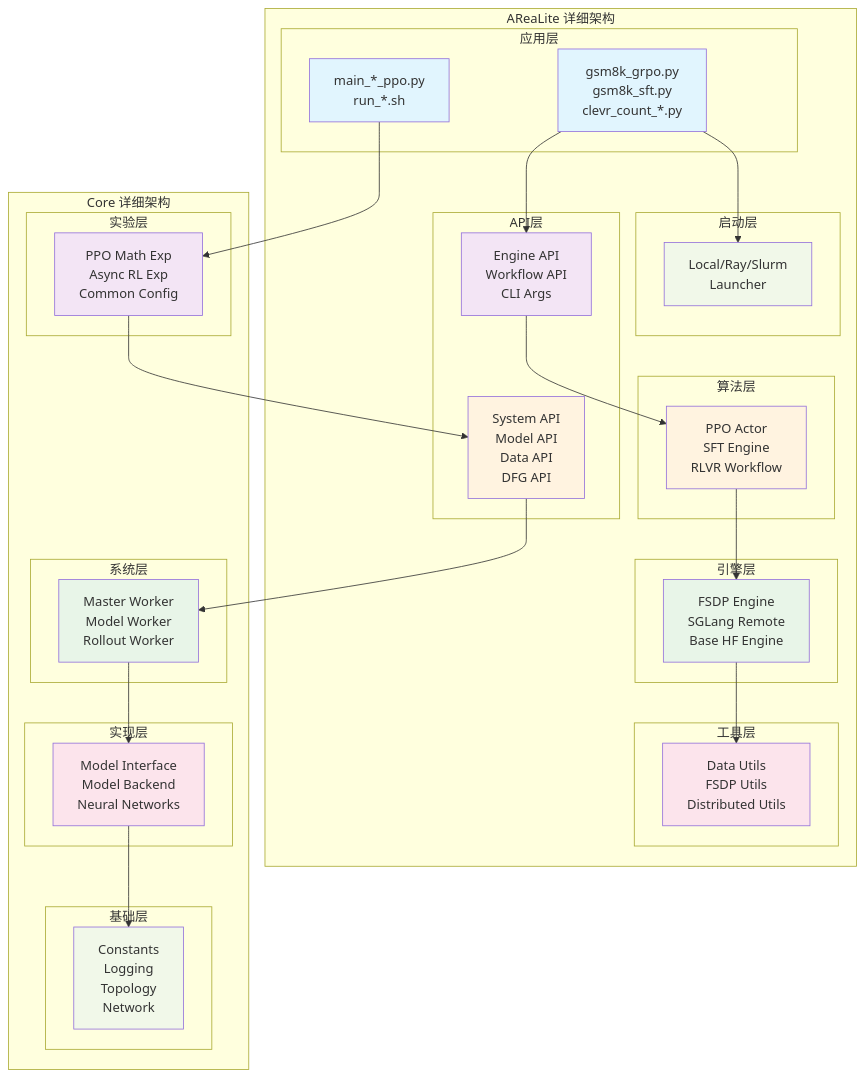
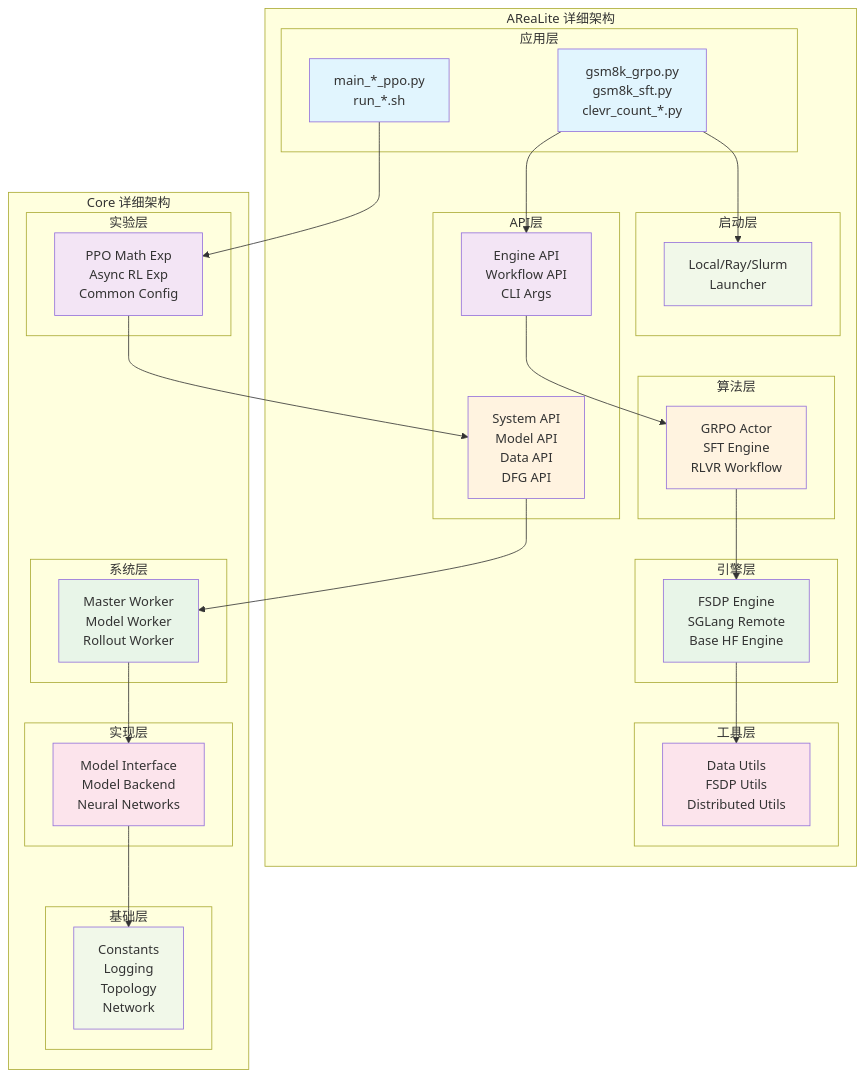
Before and after one commit to zhshgmail/AReaL: the second of 11 diagrams in docs/architecture/architecture_diagrams.md, drawn with Mermaid. The commit also changed other lines of this file and 12 other files, not shown here.

Commit message:
update architecture docs

````diff
--- a/docs/architecture/architecture_diagrams.md
+++ b/docs/architecture/architecture_diagrams.md
@@ -53,80 +53,80 @@
 ```mermaid
 graph TB
     subgraph "AReaLite 详细架构"
         subgraph "应用层"
             AL1[gsm8k_grpo.py<br/>gsm8k_sft.py<br/>clevr_count_*.py]
         end
         
         subgraph "API层"
             AL2[Engine API<br/>Workflow API<br/>CLI Args]
         end
         
         subgraph "算法层"
-            AL3[PPO Actor<br/>SFT Engine<br/>RLVR Workflow]
+            AL3[GRPO Actor<br/>SFT Engine<br/>RLVR Workflow]
         end
         
         subgraph "引擎层"
             AL4[FSDP Engine<br/>SGLang Remote<br/>Base HF Engine]
         end
         
         subgraph "工具层"
             AL5[Data Utils<br/>FSDP Utils<br/>Distributed Utils]
         end
         
         subgraph "启动层"
             AL6[Local/Ray/Slurm<br/>Launcher]
         end
         
         AL1 --> AL2
         AL2 --> AL3
         AL3 --> AL4
         AL4 --> AL5
         AL1 --> AL6
     end
     
     subgraph "Core 详细架构"
         subgraph "应用层"
             CL1[main_*_ppo.py<br/>run_*.sh]
         end
         
         subgraph "实验层"
             CL2[PPO Math Exp<br/>Async RL Exp<br/>Common Config]
         end
         
         subgraph "API层"
             CL3[System API<br/>Model API<br/>Data API<br/>DFG API]
         end
         
         subgraph "系统层"
             CL4[Master Worker<br/>Model Worker<br/>Rollout Worker]
         end
         
         subgraph "实现层"
             CL5[Model Interface<br/>Model Backend<br/>Neural Networks]
         end
         
         subgraph "基础层"
             CL6[Constants<br/>Logging<br/>Topology<br/>Network]
         end
         
         CL1 --> CL2
         CL2 --> CL3
         CL3 --> CL4
         CL4 --> CL5
         CL5 --> CL6
     end
     
     style AL1 fill:#e1f5fe
     style AL2 fill:#f3e5f5
     style AL3 fill:#fff3e0
     style AL4 fill:#e8f5e8
     style AL5 fill:#fce4ec
     style AL6 fill:#f1f8e9
     
     style CL1 fill:#e1f5fe
     style CL2 fill:#f3e5f5  
     style CL3 fill:#fff3e0
     style CL4 fill:#e8f5e8
     style CL5 fill:#fce4ec
     style CL6 fill:#f1f8e9
 ```
````
